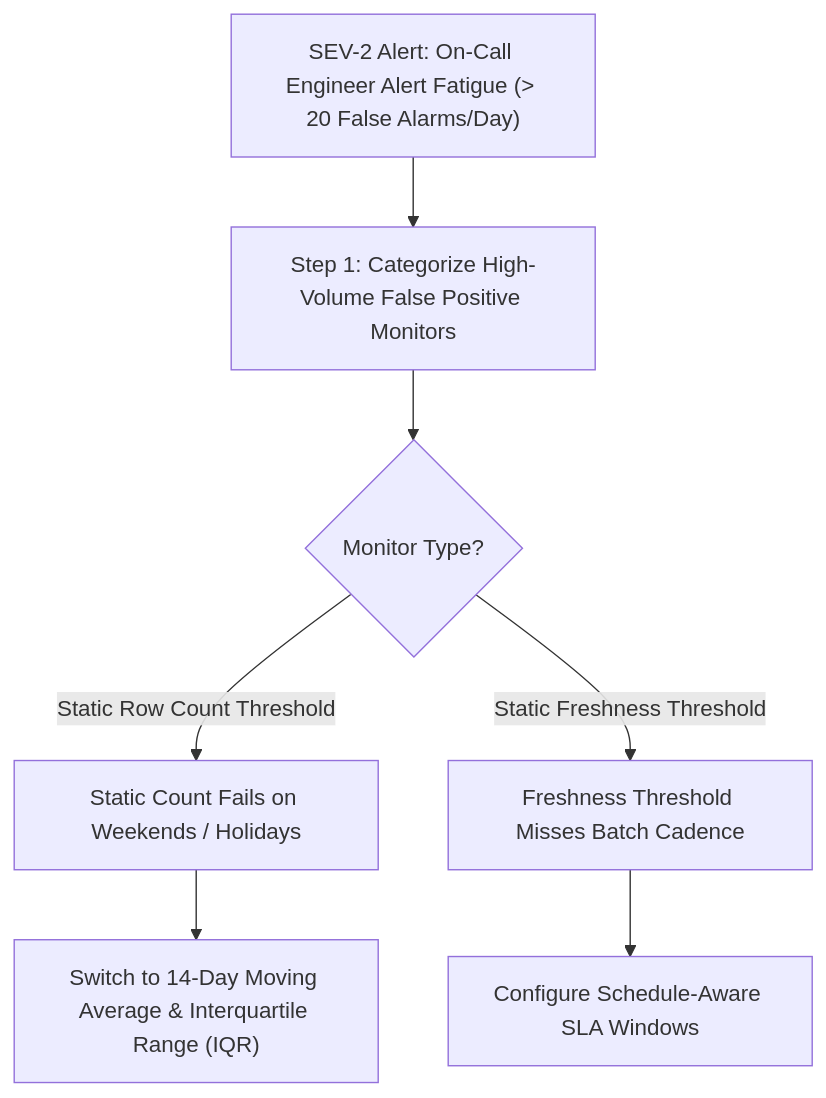
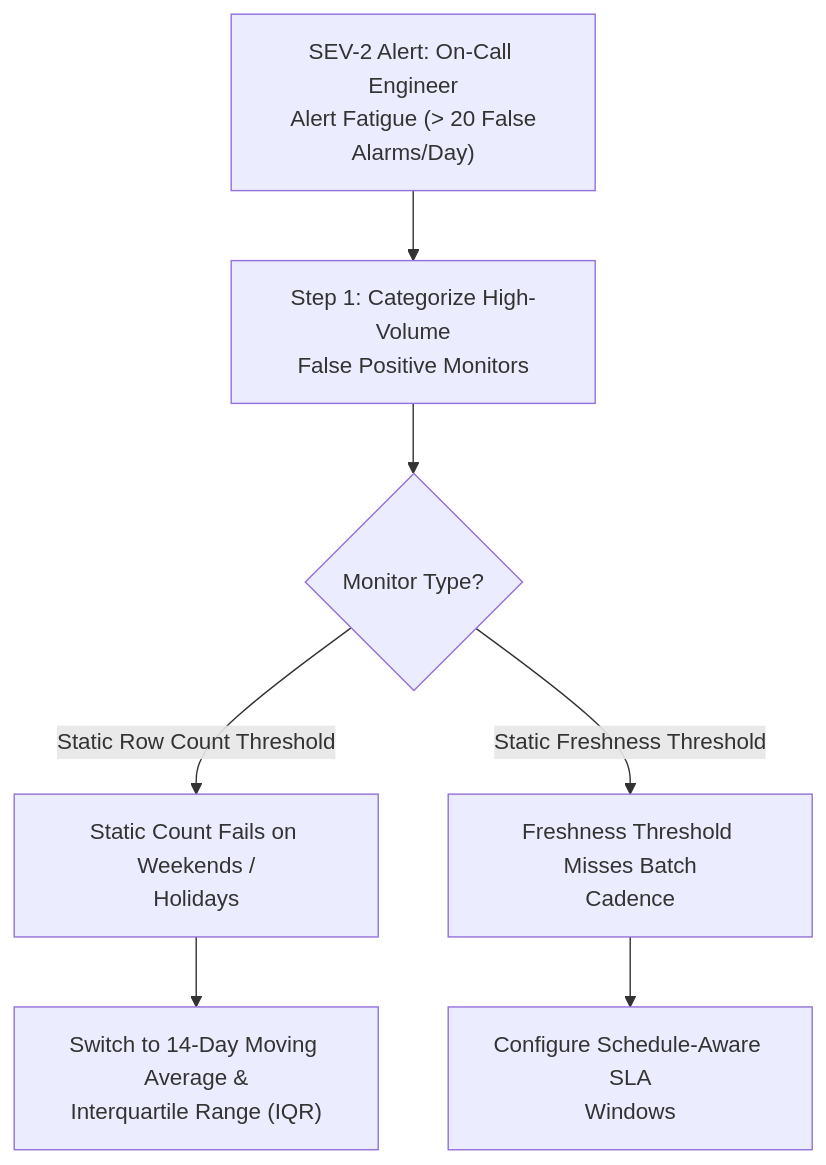
The diagram in runbooks/06_data_observability_alert_fatigue_and_threshold_tuning.md (santoshjammi29/dataops-cicd-handbook), drawn with Mermaid before and after one commit. The commit also changed 11 other files, not shown here.

Commit message:
fix(diagrams): word-wrap labels and escape comparison operators across all diagrams

````diff
--- a/runbooks/06_data_observability_alert_fatigue_and_threshold_tuning.md
+++ b/runbooks/06_data_observability_alert_fatigue_and_threshold_tuning.md
@@ -12,11 +12,11 @@
 ```mermaid
 flowchart TD
-    Alert["SEV-2 Alert: On-Call Engineer Alert Fatigue (> 20 False Alarms/Day)"] --> AnalyzeAlerts["Step 1: Categorize High-Volume False Positive Monitors"]
+    Alert["SEV-2 Alert: On-Call Engineer<br/>Alert Fatigue (&gt; 20 False<br/>Alarms/Day)"] --> AnalyzeAlerts["Step 1: Categorize High-Volume<br/>False Positive Monitors"]
     AnalyzeAlerts --> MonitorType{"Monitor Type?"}
 
-    MonitorType -->|"Static Row Count Threshold"| StaticVolume["Static Count Fails on Weekends / Holidays"]
-    MonitorType -->|"Static Freshness Threshold"| StaticFreshness["Freshness Threshold Misses Batch Cadence"]
+    MonitorType -->|"Static Row Count Threshold"| StaticVolume["Static Count Fails on Weekends /<br/>Holidays"]
+    MonitorType -->|"Static Freshness Threshold"| StaticFreshness["Freshness Threshold Misses Batch<br/>Cadence"]
 
-    StaticVolume --> DynamicIQR["Switch to 14-Day Moving Average & Interquartile Range (IQR)"]
-    StaticFreshness --> DynamicFreshness["Configure Schedule-Aware SLA Windows"]
+    StaticVolume --> DynamicIQR["Switch to 14-Day Moving Average &<br/>Interquartile Range (IQR)"]
+    StaticFreshness --> DynamicFreshness["Configure Schedule-Aware SLA<br/>Windows"]
 ```
````
